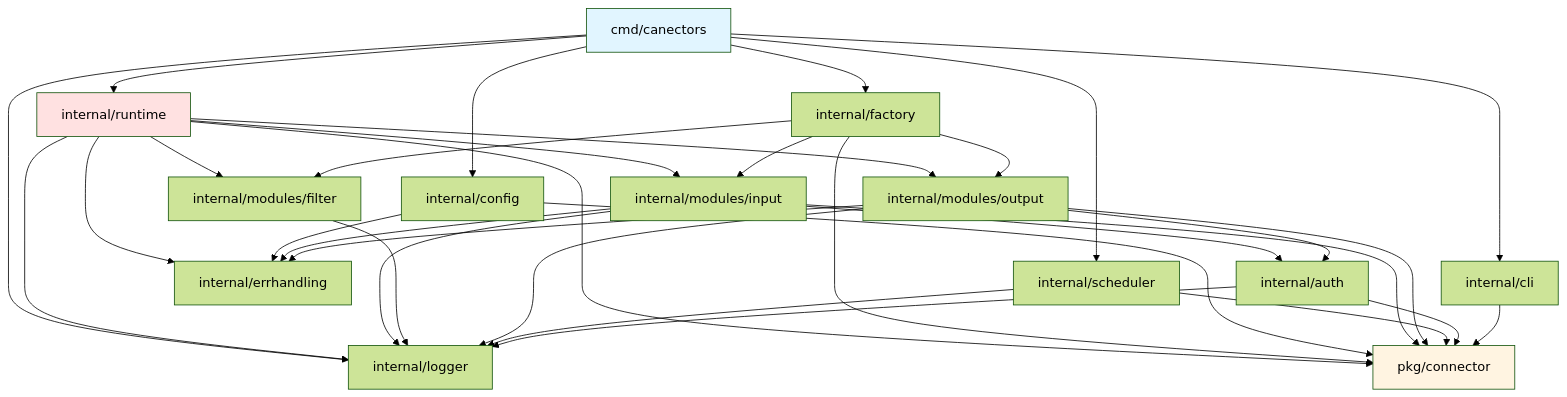
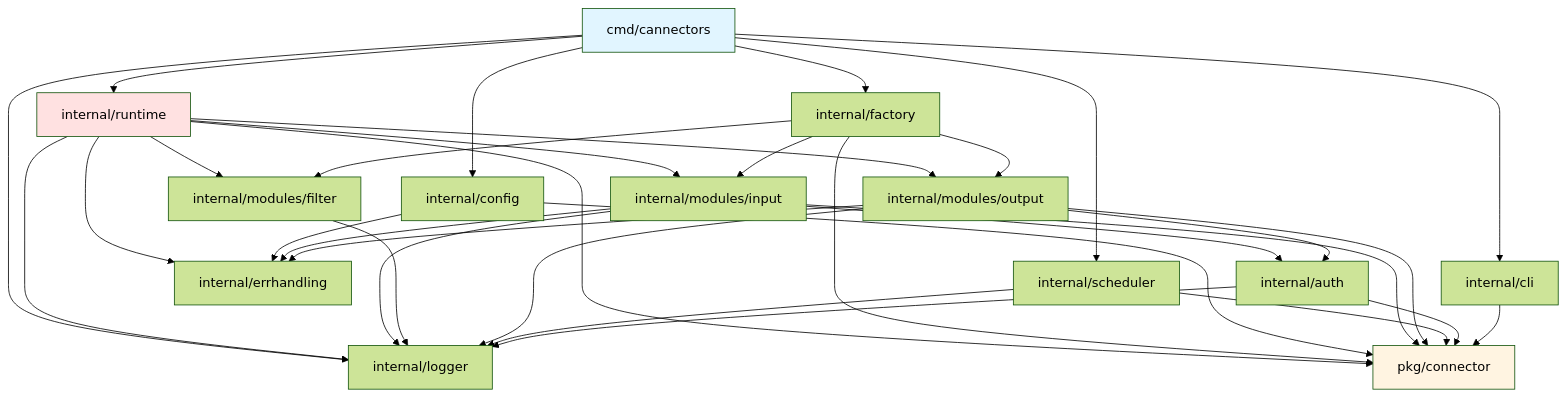
Before and after one commit to AlexandreCano/canectors-runtime: the diagram in docs/ARCHITECTURE.md, drawn with Mermaid (forest theme). The commit also changed other lines of this file and 160 other files, not shown here.

````diff
--- a/docs/ARCHITECTURE.md
+++ b/docs/ARCHITECTURE.md
@@ -517,62 +517,62 @@
 ```mermaid
 graph TD
-    CLI[cmd/canectors]
+    CLI[cmd/cannectors]
     API[pkg/connector]
     CONFIG[internal/config]
     RUNTIME[internal/runtime]
     FACTORY[internal/factory]
     SCHEDULER[internal/scheduler]
     INPUT[internal/modules/input]
     FILTER[internal/modules/filter]
     OUTPUT[internal/modules/output]
     AUTH[internal/auth]
     ERRHAND[internal/errhandling]
     LOGGER[internal/logger]
     CLIOUT[internal/cli]
 
     CLI --> CONFIG
     CLI --> FACTORY
     CLI --> RUNTIME
     CLI --> SCHEDULER
     CLI --> CLIOUT
     CLI --> LOGGER
 
     RUNTIME --> INPUT
     RUNTIME --> FILTER
     RUNTIME --> OUTPUT
     RUNTIME --> ERRHAND
     RUNTIME --> LOGGER
     RUNTIME --> API
 
     FACTORY --> INPUT
     FACTORY --> FILTER
     FACTORY --> OUTPUT
     FACTORY --> API
 
     CONFIG --> API
     CONFIG --> ERRHAND
 
     INPUT --> AUTH
     INPUT --> ERRHAND
     INPUT --> LOGGER
     INPUT --> API
 
     FILTER --> LOGGER
 
     OUTPUT --> AUTH
     OUTPUT --> ERRHAND
     OUTPUT --> LOGGER
     OUTPUT --> API
 
     SCHEDULER --> API
     SCHEDULER --> LOGGER
 
     AUTH --> LOGGER
     AUTH --> API
 
     CLIOUT --> API
 
     style CLI fill:#e1f5ff
     style API fill:#fff4e1
     style RUNTIME fill:#ffe1e1
 ```
````
